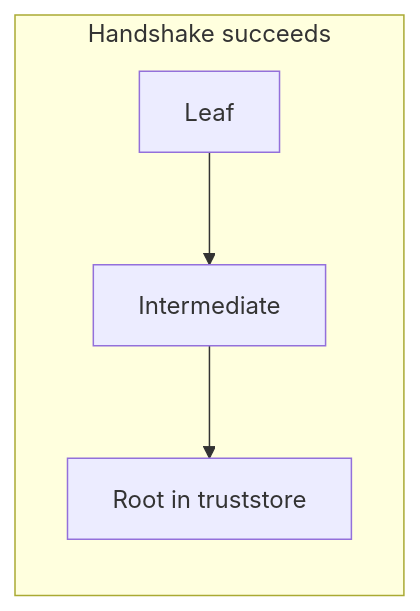
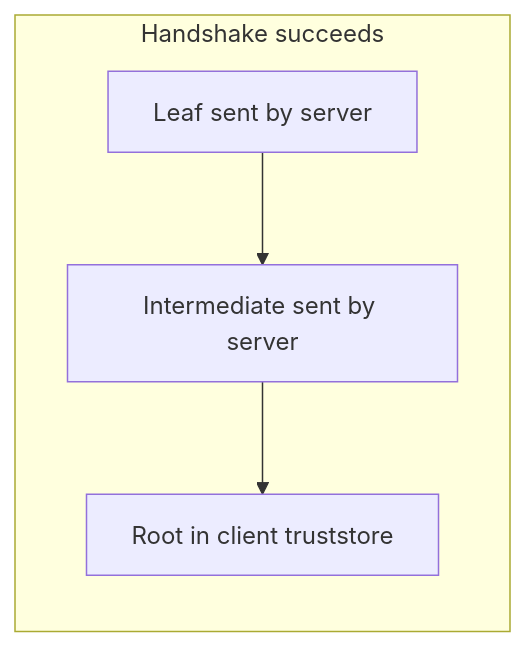
One commit to gopi29305/ssl_trust_root_demo changed the first of 4 diagrams in README.md. Above: the diagram before and after it, drawn with Mermaid. The commit also changed other lines of this file, not shown here.

````diff
--- a/README.md
+++ b/README.md
@@ -24,7 +108,7 @@
 ```mermaid
 flowchart LR
   subgraph success ["Handshake succeeds"]
-    L1[Leaf] --> I1[Intermediate]
-    I1 --> R1[Root in truststore]
+    L1[Leaf sent by server] --> I1[Intermediate sent by server]
+    I1 --> R1[Root in client truststore]
   end
 ```
````
